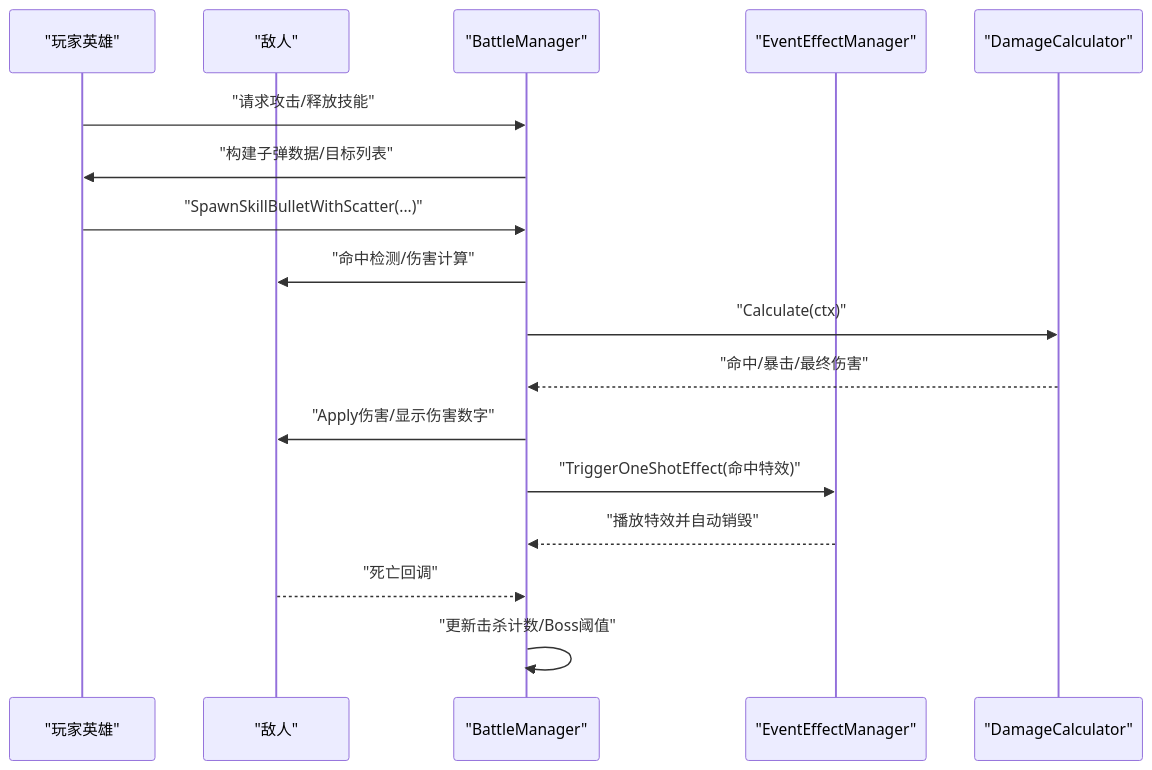
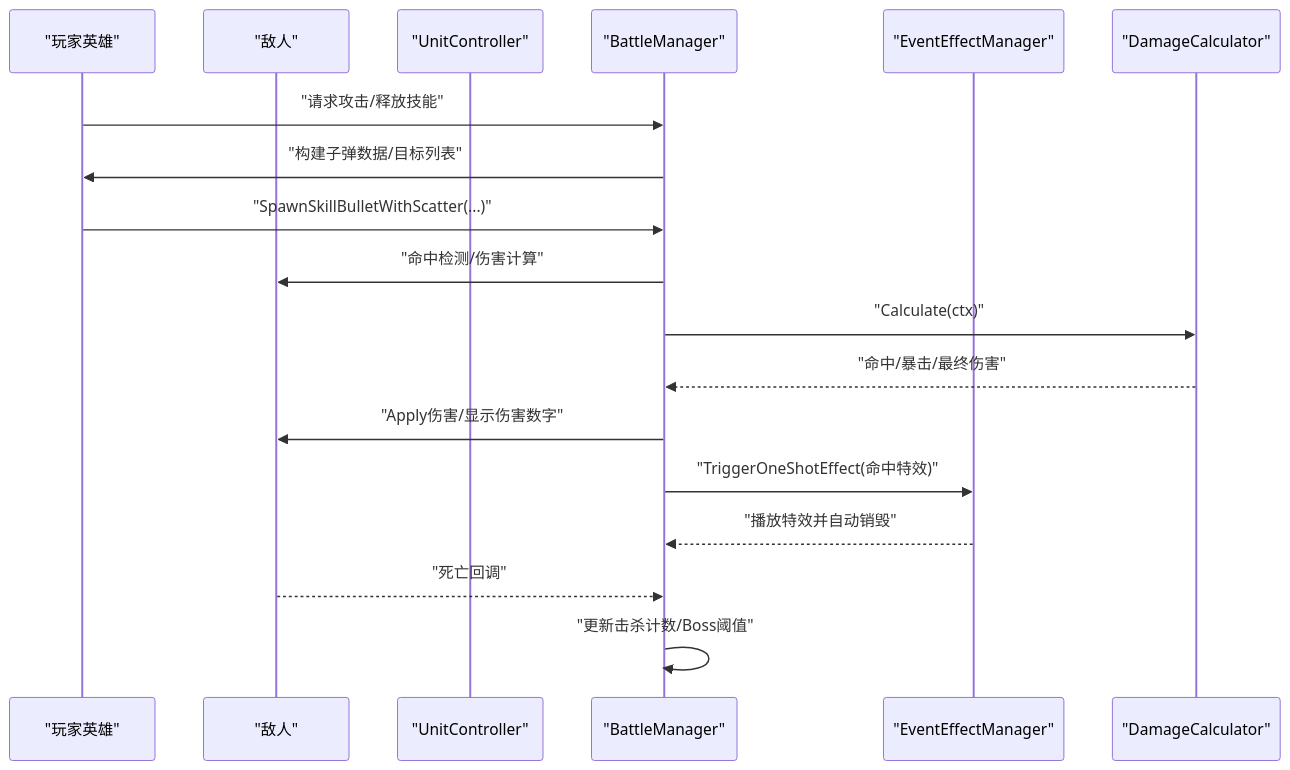
One commit to Tuusen/p1_client changed the second of 9 diagrams in .qoder/repowiki/zh/content/战斗系统/战斗系统.md. Above: the diagram before and after it, drawn with Mermaid. The commit also changed other lines of this file and 13 other files, not shown here.

````diff
--- a/.qoder/repowiki/zh/content/战斗系统/战斗系统.md
+++ b/.qoder/repowiki/zh/content/战斗系统/战斗系统.md
@@ -122,19 +131,20 @@
 ```mermaid
 sequenceDiagram
 participant Player as "玩家英雄"
 participant Enemy as "敌人"
+participant UC as "UnitController"
 participant BM as "BattleManager"
 participant EE as "EventEffectManager"
 participant DC as "DamageCalculator"
 Player->>BM : "请求攻击/释放技能"
 BM->>Player : "构建子弹数据/目标列表"
 Player->>BM : "SpawnSkillBulletWithScatter(...)"
 BM->>Enemy : "命中检测/伤害计算"
 BM->>DC : "Calculate(ctx)"
 DC-->>BM : "命中/暴击/最终伤害"
 BM->>Enemy : "Apply伤害/显示伤害数字"
 BM->>EE : "TriggerOneShotEffect(命中特效)"
 EE-->>BM : "播放特效并自动销毁"
 Enemy-->>BM : "死亡回调"
 BM->>BM : "更新击杀计数/Boss阈值"
 ```
````
